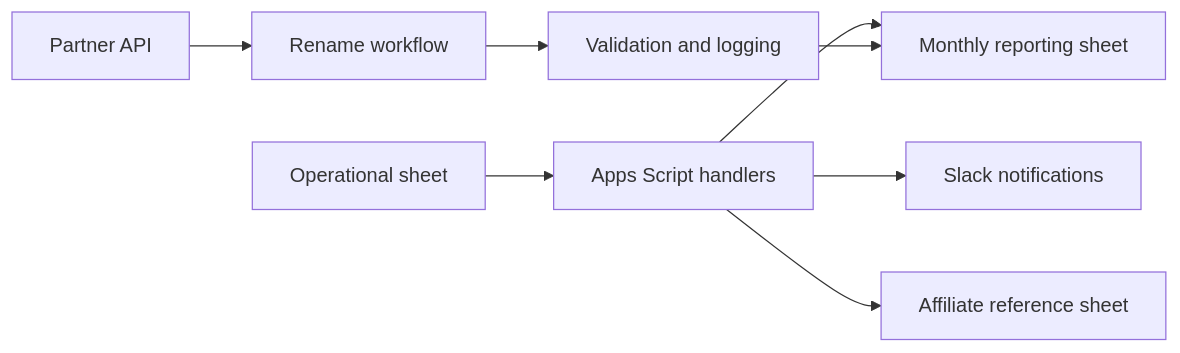
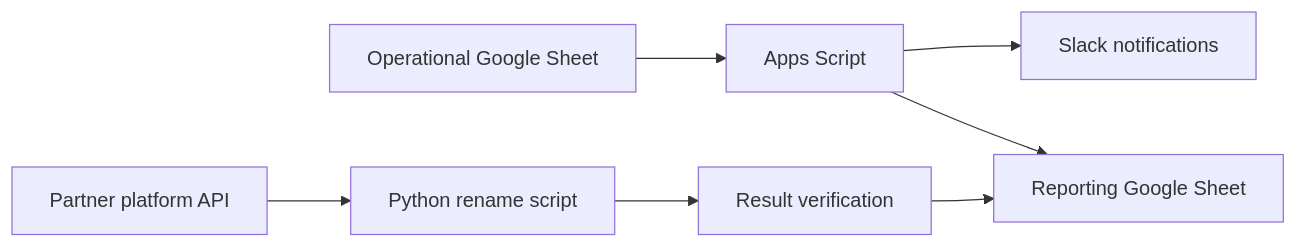
The diagram in README.md (AntifrizRr/my-scripts), drawn with Mermaid before and after one commit. The commit also changed other lines of this file and 14 other files, not shown here.

````diff
--- a/README.md
+++ b/README.md
@@ -19,10 +26,9 @@
 ```mermaid
 flowchart LR
-    A[Operational sheet] --> B[Apps Script handlers]
+    A[Operational Google Sheet] --> B[Apps Script]
     B --> C[Slack notifications]
-    B --> D[Monthly reporting sheet]
-    B --> E[Affiliate reference sheet]
-    F[Partner API] --> G[Rename workflow]
-    G --> H[Validation and logging]
-    H --> D
+    B --> D[Reporting Google Sheet]
+    E[Partner platform API] --> F[Python rename script]
+    F --> G[Result verification]
+    G --> D
 ```
````
